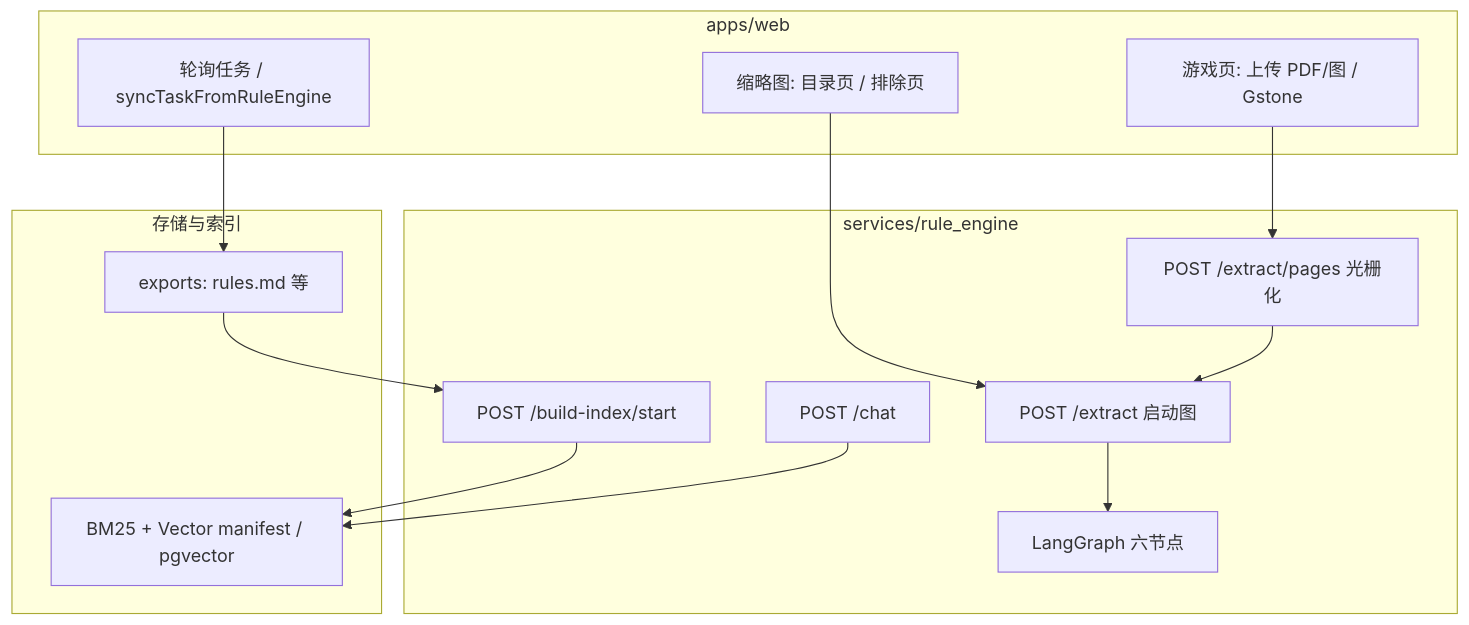
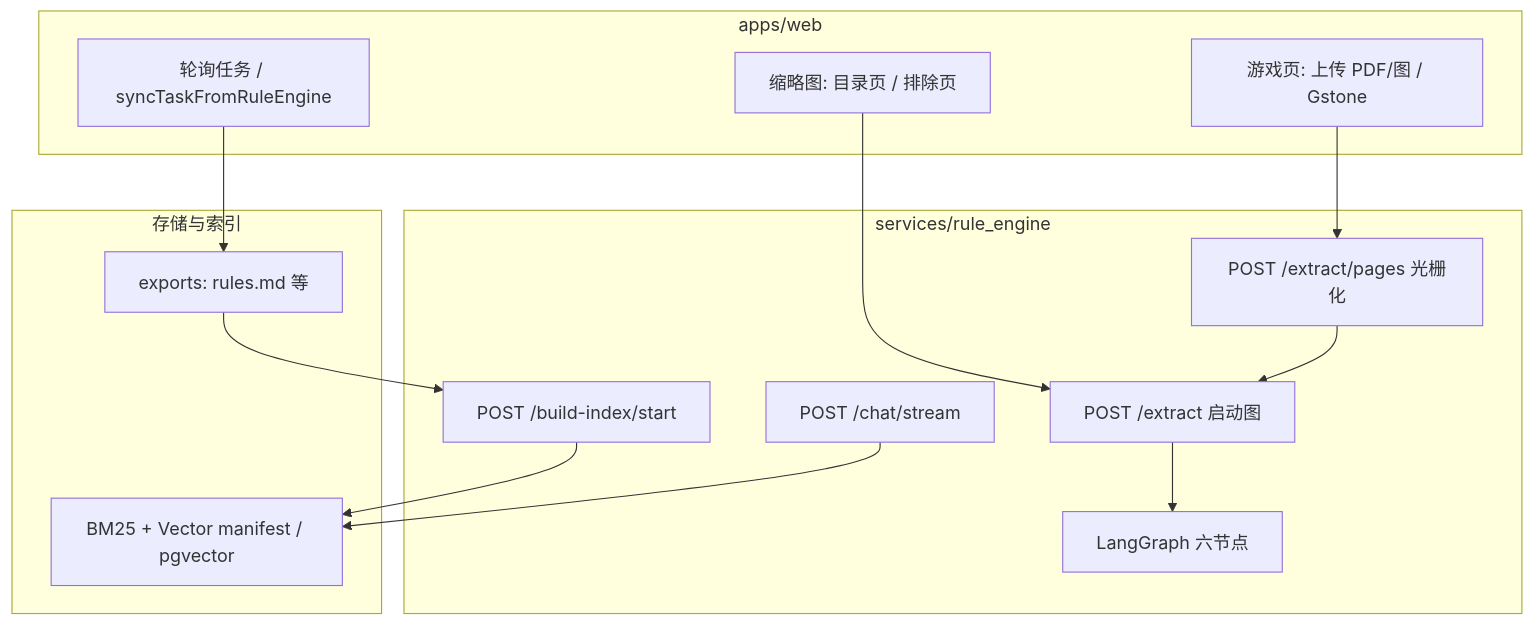
The first of 6 diagrams in services/rule_engine/EXTRACTION_FLOW.md (shitlsh/boardrule-rag), drawn with Mermaid before and after one commit. The commit also changed other lines of this file and 22 other files, not shown here.

````diff
--- a/services/rule_engine/EXTRACTION_FLOW.md
+++ b/services/rule_engine/EXTRACTION_FLOW.md
@@ -9,30 +9,30 @@
 ```mermaid
 flowchart TB
   subgraph web [apps/web]
     UI[游戏页: 上传 PDF/图 / Gstone]
     Pick[缩略图: 目录页 / 排除页]
     Poll[轮询任务 / syncTaskFromRuleEngine]
   end
 
   subgraph engine [services/rule_engine]
     EP[POST /extract/pages 光栅化]
     EX[POST /extract 启动图]
     G[LangGraph 六节点]
     BI[POST /build-index/start]
-    CH[POST /chat]
+    CH[POST /chat/stream]
   end
 
   subgraph storage [存储与索引]
     Disk[exports: rules.md 等]
     Idx[BM25 + Vector manifest / pgvector]
   end
 
   UI --> EP
   Pick --> EX
   EP --> EX
   EX --> G
   Poll --> Disk
   Disk --> BI
   BI --> Idx
   CH --> Idx
 ```
````
